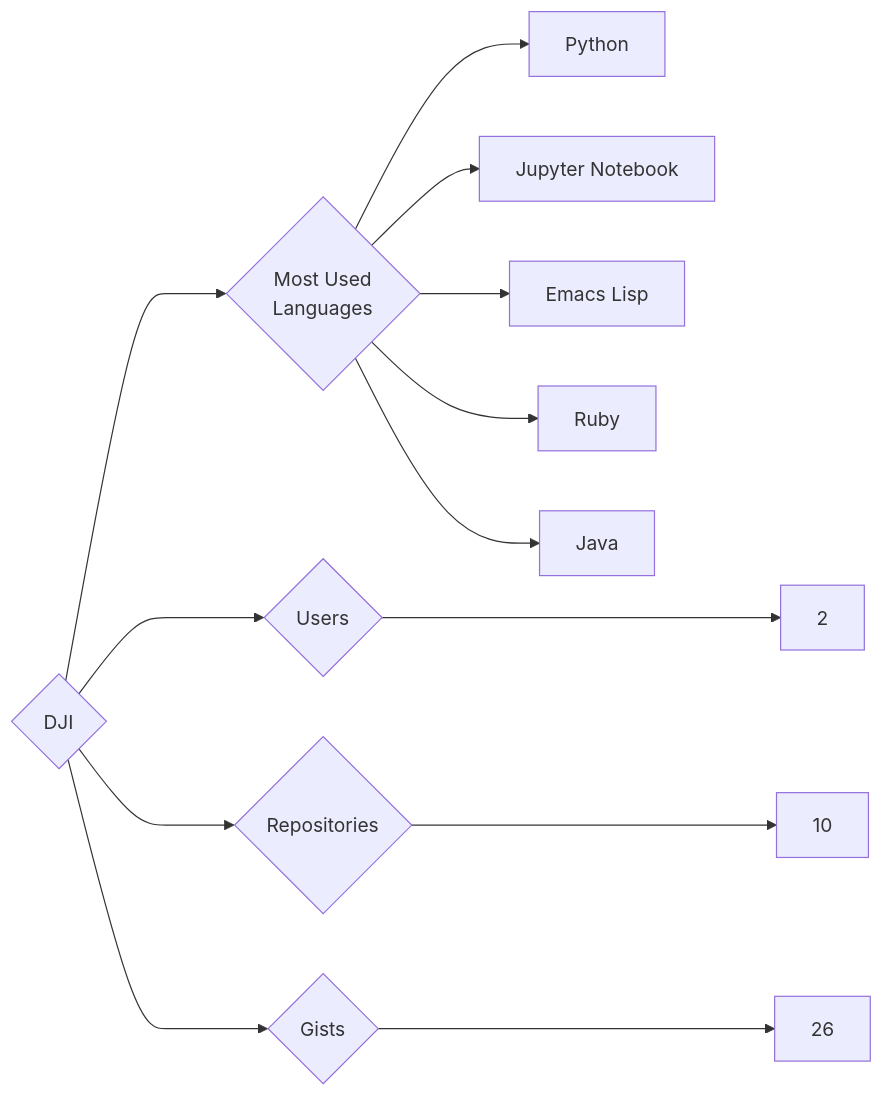
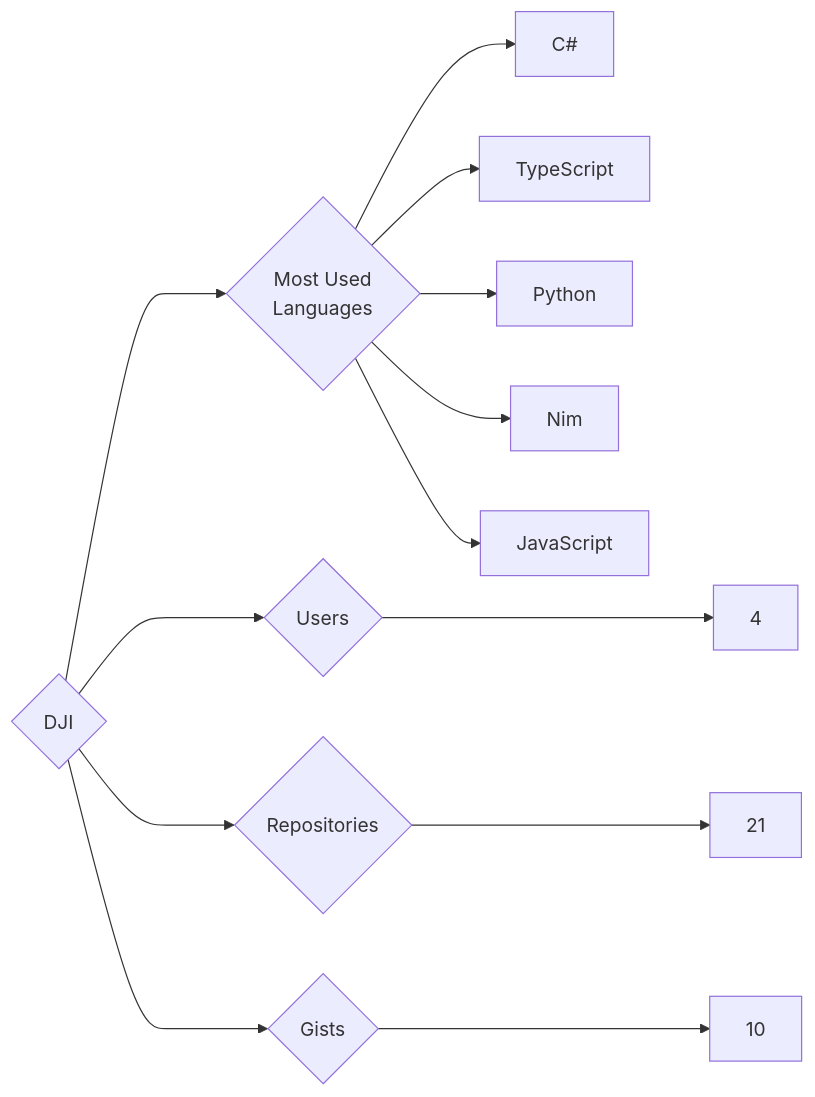
Before and after one commit to trickest/insiders: the diagram in targets/DJI/README.md, drawn with Mermaid. The commit also changed 1314 other files, not shown here.

````diff
--- a/targets/DJI/README.md
+++ b/targets/DJI/README.md
@@ -3,13 +3,13 @@
 ```mermaid
 graph LR
 COMPANY_NAME{DJI}
-COMPANY_NAME ---> U{Users} ---> UN[2]
-COMPANY_NAME ---> R{Repositories} ---> RN[10]
-COMPANY_NAME ---> G{Gists} ---> GN[26]
+COMPANY_NAME ---> U{Users} ---> UN[4]
+COMPANY_NAME ---> R{Repositories} ---> RN[21]
+COMPANY_NAME ---> G{Gists} ---> GN[10]
 COMPANY_NAME ---> ML{Most Used<br>Languages}
+ML --> C#[C#]
+ML --> TypeScript[TypeScript]
 ML --> Python[Python]
-ML --> Jupyter_Notebook[Jupyter Notebook]
-ML --> Emacs_Lisp[Emacs Lisp]
-ML --> Ruby[Ruby]
-ML --> Java[Java]
+ML --> Nim[Nim]
+ML --> JavaScript[JavaScript]
 ```
````
